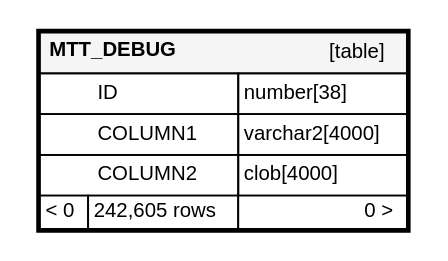
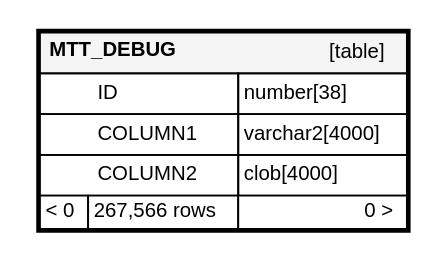
The diagram in schema-spy-report/diagrams/orphans/MTT_DEBUG.1degree.dot (ministryofjustice/hmpps-probation-integration-services), drawn with Graphviz before and after one commit. The commit also changed 89 other files, not shown here.

```diff
--- a/schema-spy-report/diagrams/orphans/MTT_DEBUG.1degree.dot
+++ b/schema-spy-report/diagrams/orphans/MTT_DEBUG.1degree.dot
@@ -1,32 +1,32 @@
 digraph "MTT_DEBUG" {
   graph [
     rankdir="RL"
     bgcolor="#ffffff"
     nodesep="0.18"
     ranksep="0.46"
     fontname="Helvetica"
     fontsize="11"
     ration="compress"
   ];
   node [
     fontname="Helvetica"
     fontsize="11"
     shape="plaintext"
   ];
   edge [
     arrowsize="0.8"
   ];
   "MTT_DEBUG" [
    label=<
     <TABLE BORDER="2" CELLBORDER="1" CELLSPACING="0" BGCOLOR="#ffffff">
       <TR><TD COLSPAN="4"  BGCOLOR="#f5f5f5"><TABLE BORDER="0" CELLSPACING="0"><TR><TD ALIGN="LEFT"><B>MTT_DEBUG</B></TD><TD ALIGN="RIGHT">[table]</TD></TR></TABLE></TD></TR>
       <TR><TD PORT="ID" COLSPAN="2" ALIGN="LEFT"><TABLE BORDER="0" CELLSPACING="0" ALIGN="LEFT"><TR ALIGN="LEFT"><TD ALIGN="LEFT" FIXEDSIZE="TRUE" WIDTH="15" HEIGHT="16"></TD><TD ALIGN="LEFT" FIXEDSIZE="TRUE" WIDTH="65" HEIGHT="16">ID</TD></TR></TABLE></TD><TD PORT="ID.type" ALIGN="LEFT">number[38]</TD></TR>
       <TR><TD PORT="COLUMN1" COLSPAN="2" ALIGN="LEFT"><TABLE BORDER="0" CELLSPACING="0" ALIGN="LEFT"><TR ALIGN="LEFT"><TD ALIGN="LEFT" FIXEDSIZE="TRUE" WIDTH="15" HEIGHT="16"></TD><TD ALIGN="LEFT" FIXEDSIZE="TRUE" WIDTH="65" HEIGHT="16">COLUMN1</TD></TR></TABLE></TD><TD PORT="COLUMN1.type" ALIGN="LEFT">varchar2[4000]</TD></TR>
       <TR><TD PORT="COLUMN2" COLSPAN="2" ALIGN="LEFT"><TABLE BORDER="0" CELLSPACING="0" ALIGN="LEFT"><TR ALIGN="LEFT"><TD ALIGN="LEFT" FIXEDSIZE="TRUE" WIDTH="15" HEIGHT="16"></TD><TD ALIGN="LEFT" FIXEDSIZE="TRUE" WIDTH="65" HEIGHT="16">COLUMN2</TD></TR></TABLE></TD><TD PORT="COLUMN2.type" ALIGN="LEFT">clob[4000]</TD></TR>
-      <TR><TD ALIGN="LEFT" BGCOLOR="#ffffff">&lt; 0</TD><TD ALIGN="RIGHT" BGCOLOR="#ffffff">242,605 rows</TD><TD ALIGN="RIGHT" BGCOLOR="#ffffff">0 &gt;</TD></TR>
+      <TR><TD ALIGN="LEFT" BGCOLOR="#ffffff">&lt; 0</TD><TD ALIGN="RIGHT" BGCOLOR="#ffffff">267,566 rows</TD><TD ALIGN="RIGHT" BGCOLOR="#ffffff">0 &gt;</TD></TR>
     </TABLE>>
     URL="../../tables/MTT_DEBUG.html"
     target="_top"
     tooltip="MTT_DEBUG"
   ];
 }
```
